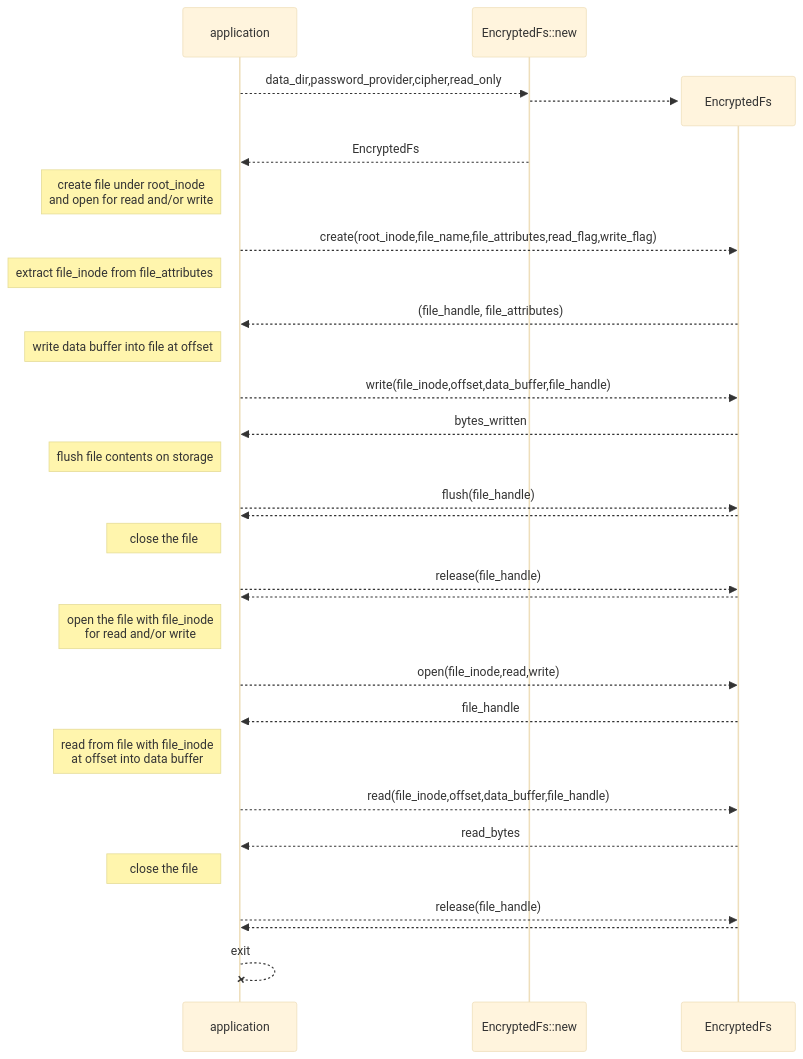
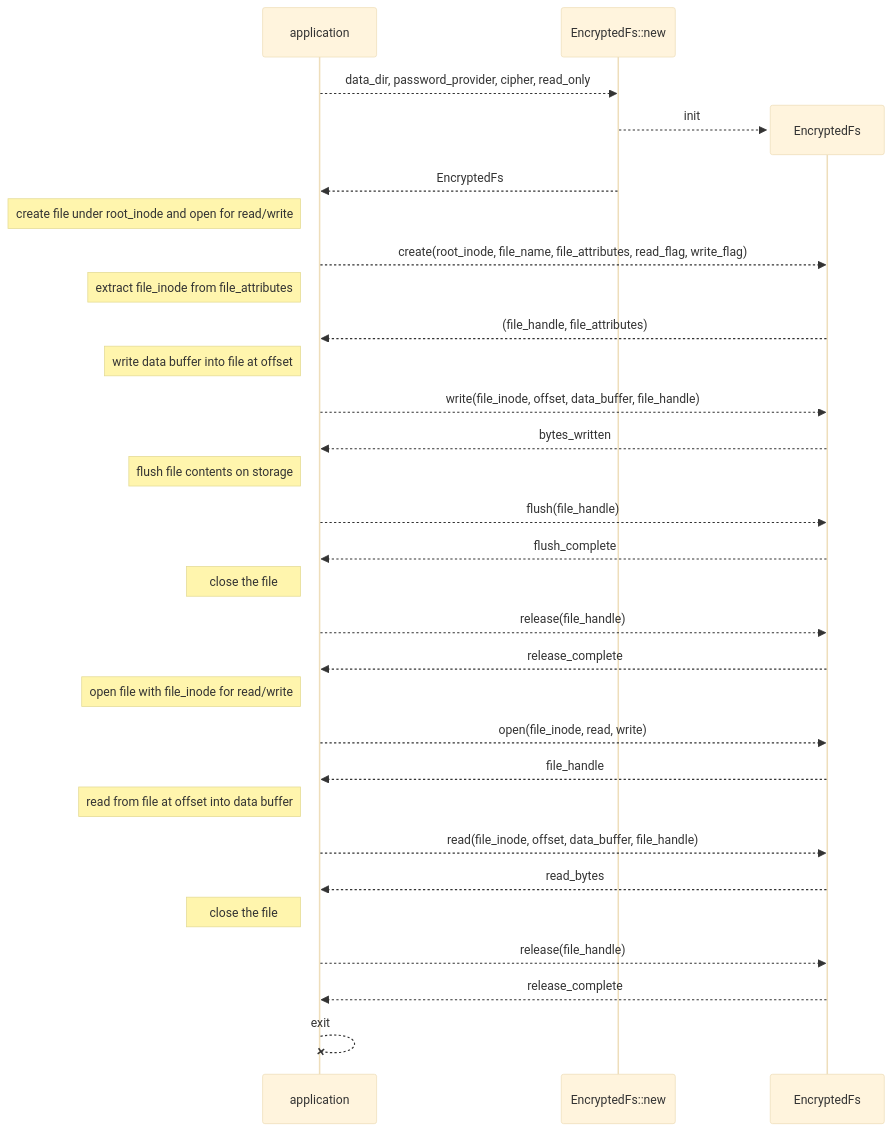
One commit to xoriors/rencfs changed the diagram in docs/uml/lib_encryptedfs_usage.md. Above: the diagram before and after it, drawn with Mermaid (base theme).

````diff
--- a/docs/uml/lib_encryptedfs_usage.md
+++ b/docs/uml/lib_encryptedfs_usage.md
@@ -1,32 +1,41 @@
 ```mermaid
 sequenceDiagram
     participant application
     participant enc_new as EncryptedFs::new
-    application -->> enc_new: data_dir,password_provider,cipher,read_only
+    application -->> enc_new: data_dir, password_provider, cipher, read_only
     create participant EncryptedFs
-enc_new -->> EncryptedFs: 
+    enc_new -->> EncryptedFs: init
     enc_new -->> application: EncryptedFs
-Note left of application: create file under root_inode <br> and open for read and/or write
-application -->> EncryptedFs: create(root_inode,file_name,file_attributes,read_flag,write_flag)
-Note left of application: extract file_inode from file_attributes
-EncryptedFs -->> application : (file_handle, file_attributes)
-Note left of application: write data buffer into file at offset
-application -->> EncryptedFs: write(file_inode,offset,data_buffer,file_handle)
-EncryptedFs -->> application: bytes_written
-Note left of application: flush file contents on storage
-application -->> EncryptedFs: flush(file_handle)
-EncryptedFs -->> application:
-Note left of application: close the file
-application -->> EncryptedFs : release(file_handle)
-EncryptedFs -->> application:
-Note left of application: open the file with file_inode <br> for read and/or write
-application -->> EncryptedFs: open(file_inode,read,write)
-EncryptedFs -->> application: file_handle
-Note left of application: read from file with file_inode <br> at offset into data buffer
-application -->> EncryptedFs: read(file_inode,offset,data_buffer,file_handle)
-EncryptedFs -->> application : read_bytes
-Note left of application: close the file
-application -->> EncryptedFs: release(file_handle)
-EncryptedFs -->> application:
-application --x application: exit
+
+    Note left of application: create file under root_inode and open for read/write
+    application -->> EncryptedFs: create(root_inode, file_name, file_attributes, read_flag, write_flag)
+
+    Note left of application: extract file_inode from file_attributes
+    EncryptedFs -->> application: (file_handle, file_attributes)
+
+    Note left of application: write data buffer into file at offset
+    application -->> EncryptedFs: write(file_inode, offset, data_buffer, file_handle)
+    EncryptedFs -->> application: bytes_written
+
+    Note left of application: flush file contents on storage
+    application -->> EncryptedFs: flush(file_handle)
+    EncryptedFs -->> application: flush_complete
+
+    Note left of application: close the file
+    application -->> EncryptedFs: release(file_handle)
+    EncryptedFs -->> application: release_complete
+
+    Note left of application: open file with file_inode for read/write
+    application -->> EncryptedFs: open(file_inode, read, write)
+    EncryptedFs -->> application: file_handle
+
+    Note left of application: read from file at offset into data buffer
+    application -->> EncryptedFs: read(file_inode, offset, data_buffer, file_handle)
+    EncryptedFs -->> application: read_bytes
+
+    Note left of application: close the file
+    application -->> EncryptedFs: release(file_handle)
+    EncryptedFs -->> application: release_complete
+
+    application --x application: exit
 ```
````
